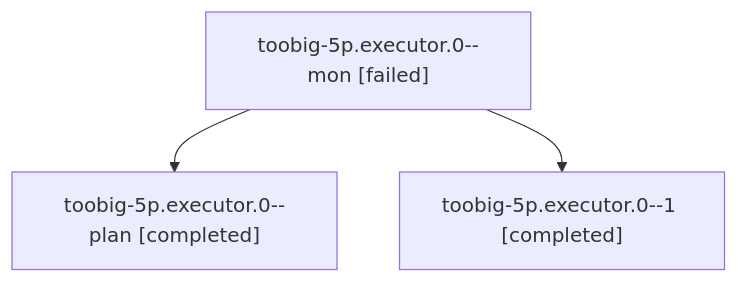
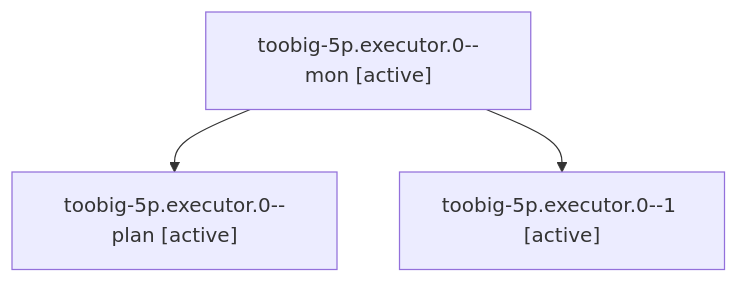
Before and after one commit to sase-org/sase--agents: the diagram in families/bbugyi200.athena.toobig-5p.executor.0.md, drawn with Mermaid. The commit also changed other lines of this file and 35830 other files, not shown here.

````diff
--- a/families/bbugyi200.athena.toobig-5p.executor.0.md
+++ b/families/bbugyi200.athena.toobig-5p.executor.0.md
@@ -9,8 +9,8 @@
 ```mermaid
 flowchart TD
-  n0["toobig-5p.executor.0--mon [failed]"]
-  n1["toobig-5p.executor.0--plan [completed]"]
+  n0["toobig-5p.executor.0--mon [active]"]
+  n1["toobig-5p.executor.0--plan [active]"]
   n0 --> n1
-  n2["toobig-5p.executor.0--1 [completed]"]
+  n2["toobig-5p.executor.0--1 [active]"]
   n0 --> n2
 ```
````
